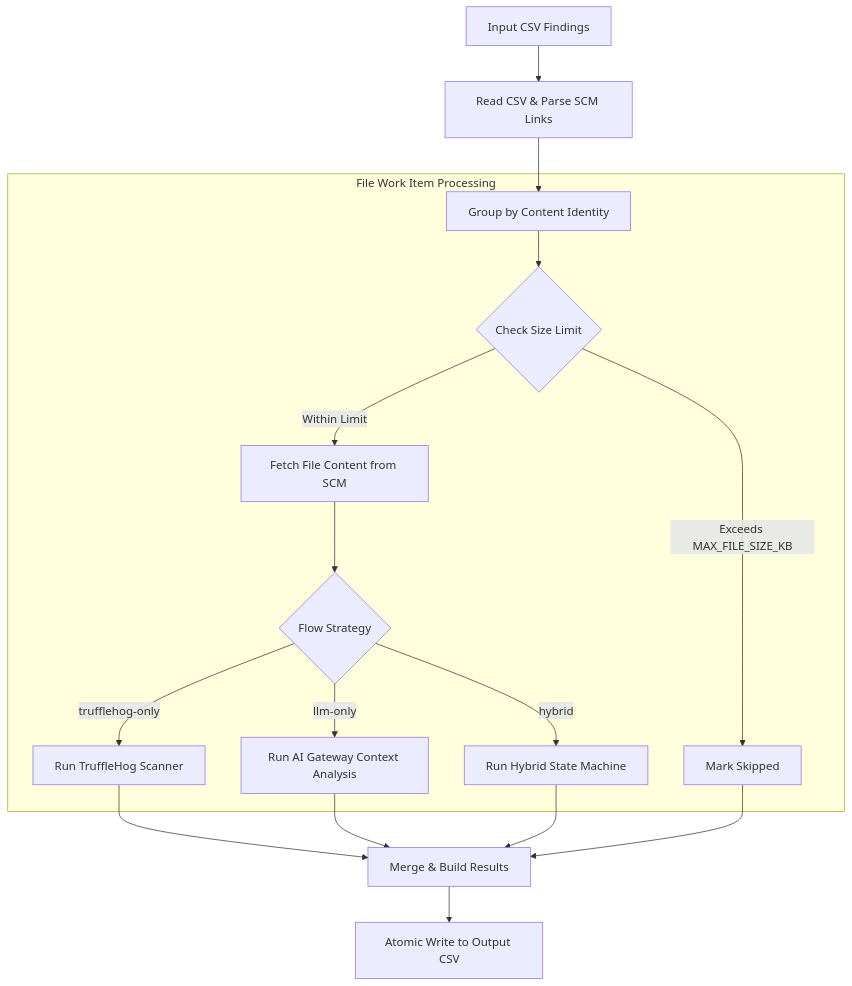
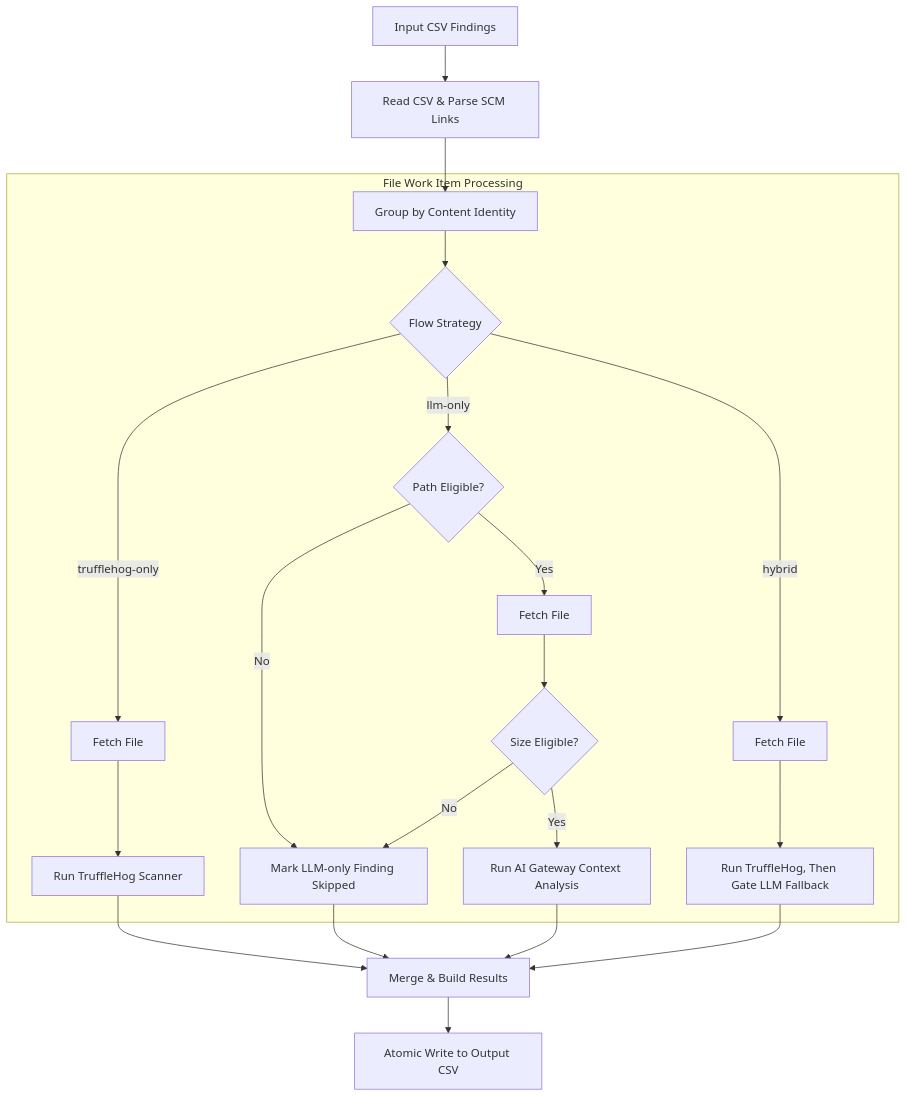
The first of 2 diagrams in secret-reconciler/README.md (shubham-shewale/charming-bohr), drawn with Mermaid before and after one commit. The commit also changed other lines of this file and 9 other files, not shown here.

````diff
--- a/secret-reconciler/README.md
+++ b/secret-reconciler/README.md
@@ -45,23 +45,23 @@
 ```mermaid
 flowchart TD
     A[Input CSV Findings] --> B[Read CSV & Parse SCM Links]
     B --> C[Group by Content Identity]
     
     subgraph WorkItemProcessing [File Work Item Processing]
-        C --> D{Check Size Limit}
-        D -- Exceeds MAX_FILE_SIZE_KB --> E[Mark Skipped]
-        D -- Within Limit --> F[Fetch File Content from SCM]
-        F --> G{Flow Strategy}
-        
-        G -- trufflehog-only --> H[Run TruffleHog Scanner]
-        G -- llm-only --> I[Run AI Gateway Context Analysis]
-        G -- hybrid --> J[Run Hybrid State Machine]
+        C --> G{Flow Strategy}
+        G -- trufflehog-only --> F1[Fetch File] --> H[Run TruffleHog Scanner]
+        G -- llm-only --> P{Path Eligible?}
+        P -- No --> E[Mark LLM-only Finding Skipped]
+        P -- Yes --> F2[Fetch File] --> D{Size Eligible?}
+        D -- No --> E
+        D -- Yes --> I[Run AI Gateway Context Analysis]
+        G -- hybrid --> F3[Fetch File] --> J[Run TruffleHog, Then Gate LLM Fallback]
     end
     
     H --> K[Merge & Build Results]
     I --> K
     J --> K
     E --> K
     
     K --> L[Atomic Write to Output CSV]
 ```
````
